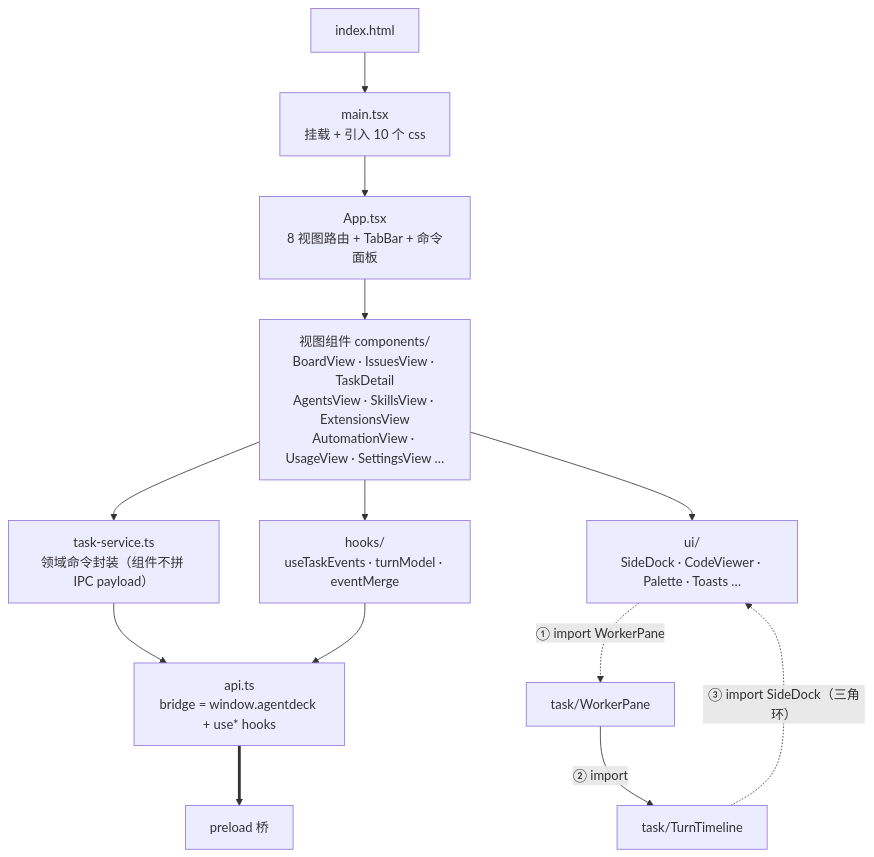
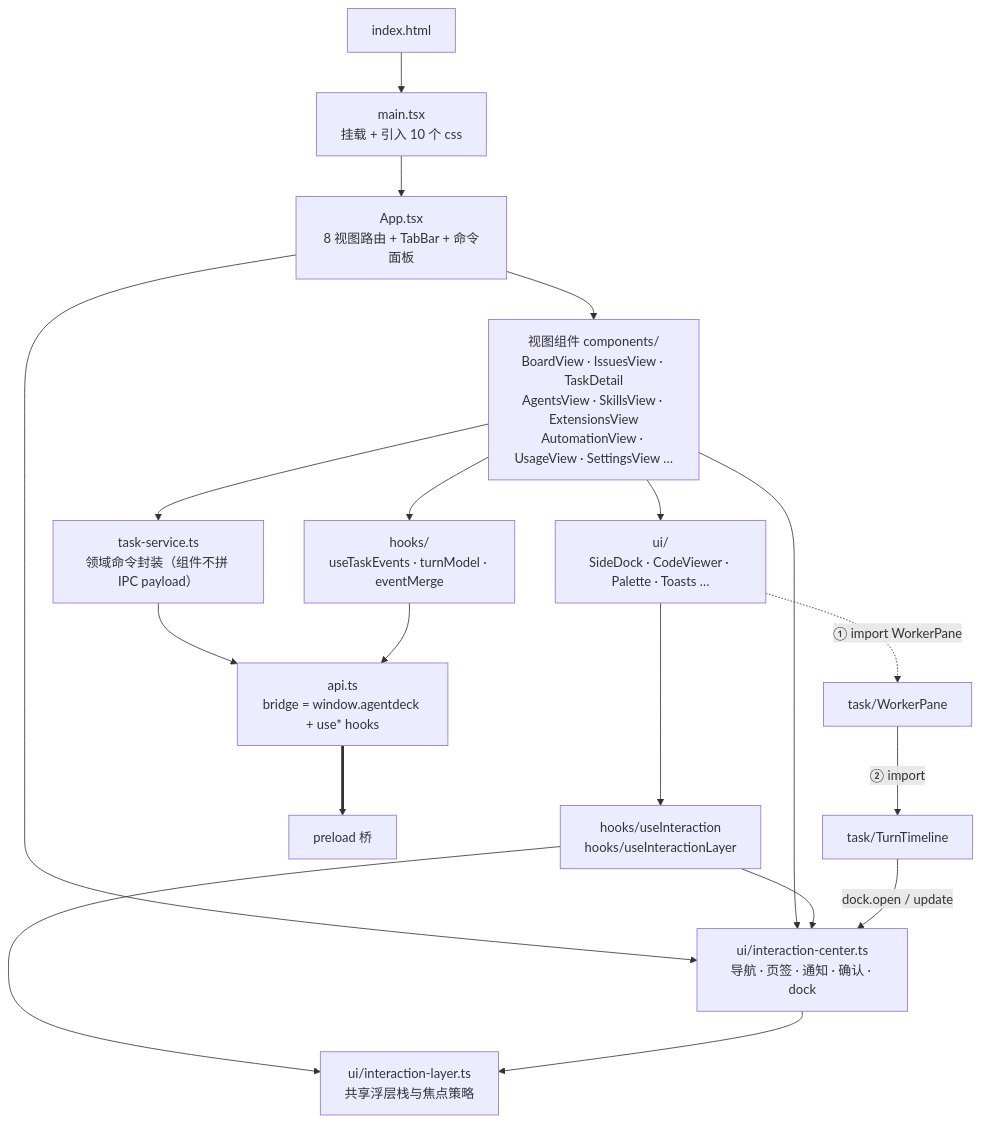
One commit to heis1696/AgentDeck changed the sixth of 6 diagrams in docs/graph/ARCHITECTURE-GRAPH.md. Above: the diagram before and after it, drawn with Mermaid. The commit also changed other lines of this file and 50 other files, not shown here.

````diff
--- a/docs/graph/ARCHITECTURE-GRAPH.md
+++ b/docs/graph/ARCHITECTURE-GRAPH.md
@@ -284,15 +284,21 @@
 ```mermaid
 flowchart TB
   HTML["index.html"] --> MTX["main.tsx<br/>挂载 + 引入 10 个 css"] --> APP["App.tsx<br/>8 视图路由 + TabBar + 命令面板"]
   APP --> V6["视图组件 components/<br/>BoardView · IssuesView · TaskDetail<br/>AgentsView · SkillsView · ExtensionsView<br/>AutomationView · UsageView · SettingsView …"]
   V6 --> SVC["task-service.ts<br/>领域命令封装（组件不拼 IPC payload）"]
   V6 --> UI6["ui/<br/>SideDock · CodeViewer · Palette · Toasts …"]
   V6 --> HKS["hooks/<br/>useTaskEvents · turnModel · eventMerge"]
+  APP --> CTR["ui/interaction-center.ts<br/>导航 · 页签 · 通知 · 确认 · dock"]
+  V6 --> CTR
+  UI6 --> IHOOK["hooks/useInteraction<br/>hooks/useInteractionLayer"]
+  IHOOK --> CTR
+  IHOOK --> LAY["ui/interaction-layer.ts<br/>共享浮层栈与焦点策略"]
+  CTR --> LAY
   SVC --> APIR6["api.ts<br/>bridge = window.agentdeck + use* hooks"]
   HKS --> APIR6
   APIR6 ==> PRE6["preload 桥"]
 
   UI6 -.->|"① import WorkerPane"| WP6["task/WorkerPane"]
   WP6 -->|"② import"| TT6["task/TurnTimeline"]
-  TT6 -.->|"③ import SideDock（三角环）"| UI6
+  TT6 -->|"dock.open / update"| CTR
 ```
````
